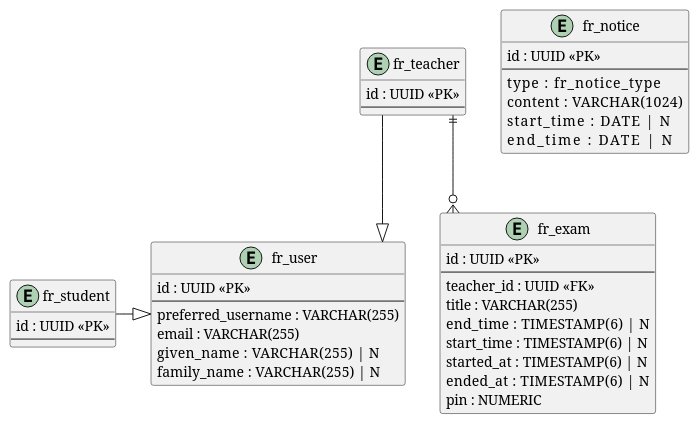
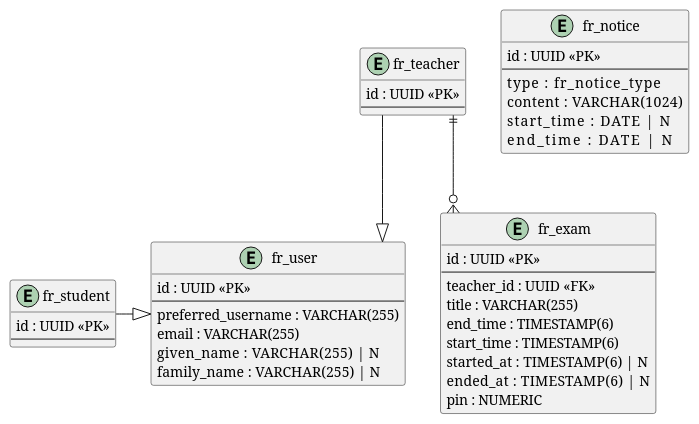
Before and after one commit to 2526-4ahitm-itp/2526-4ahitm-franklyn: the diagram in hugo/content/docs/explanation/server-logistics/schema.puml, drawn with PlantUML.

Commit message:
docs: remove nullable attributes from start_time / end_time in fr_exam

```diff
--- a/hugo/content/docs/explanation/server-logistics/schema.puml
+++ b/hugo/content/docs/explanation/server-logistics/schema.puml
@@ -1,48 +1,48 @@
 @startuml
 
 ' Styling to make the diagram cleaner
 skinparam classAttributeIconSize 0
 skinparam linetype ortho
 
 entity fr_user {
      id : UUID <<PK>>
      --
      preferred_username : VARCHAR(255)
      email : VARCHAR(255)
      given_name : VARCHAR(255)   |  N
      family_name : VARCHAR(255)  |  N
 }
 entity fr_teacher {
     id : UUID <<PK>>
     --
 }
 entity fr_exam {
     id : UUID <<PK>>
     --
     teacher_id : UUID <<FK>>
     title : VARCHAR(255)
-    end_time : TIMESTAMP(6)   |  N
-    start_time : TIMESTAMP(6) |  N
+    end_time : TIMESTAMP(6)
+    start_time : TIMESTAMP(6)
     started_at : TIMESTAMP(6) |  N
     ended_at : TIMESTAMP(6)   |  N
     pin : NUMERIC
 }
 entity fr_student {
     id : UUID <<PK>>
     --
 }
 entity fr_notice {
     id : UUID <<PK>>
     --
     type       : fr_notice_type
     content    : VARCHAR(1024)
     start_time : DATE       |  N
     end_time   : DATE       |  N
 }
 
 fr_teacher ||--o{ fr_exam
 fr_student -|> fr_user
 fr_teacher --|> fr_user
 
 
 @enduml
```
